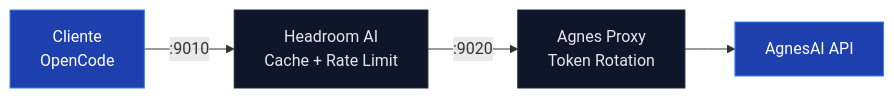
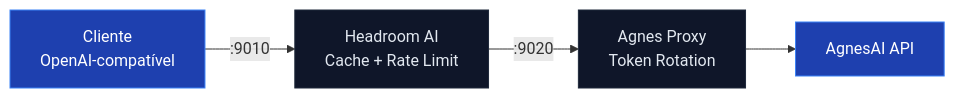
The diagram in README.md (tlipe/agnesproxy), drawn with Mermaid before and after one commit. The commit also changed other lines of this file, not shown here.

Commit message:
Genericize harness for any OpenAI-compatible client

````diff
--- a/README.md
+++ b/README.md
@@ -15,11 +15,11 @@
 ```mermaid
 graph LR
-    A[Cliente<br/>OpenCode] -->|:9010| B[Headroom AI<br/>Cache + Rate Limit]
+    A[Cliente<br/>OpenAI-compatível] -->|:9010| B[Headroom AI<br/>Cache + Rate Limit]
     B -->|:9020| C[Agnes Proxy<br/>Token Rotation]
     C --> D[AgnesAI API]
     
     style A fill:#1e40af,stroke:#3b82f6,color:#fff
     style B fill:#0f1629,stroke:#1e293b,color:#e2e8f0
     style C fill:#0f1629,stroke:#1e293b,color:#e2e8f0
     style D fill:#1e40af,stroke:#3b82f6,color:#fff
 ```
````
